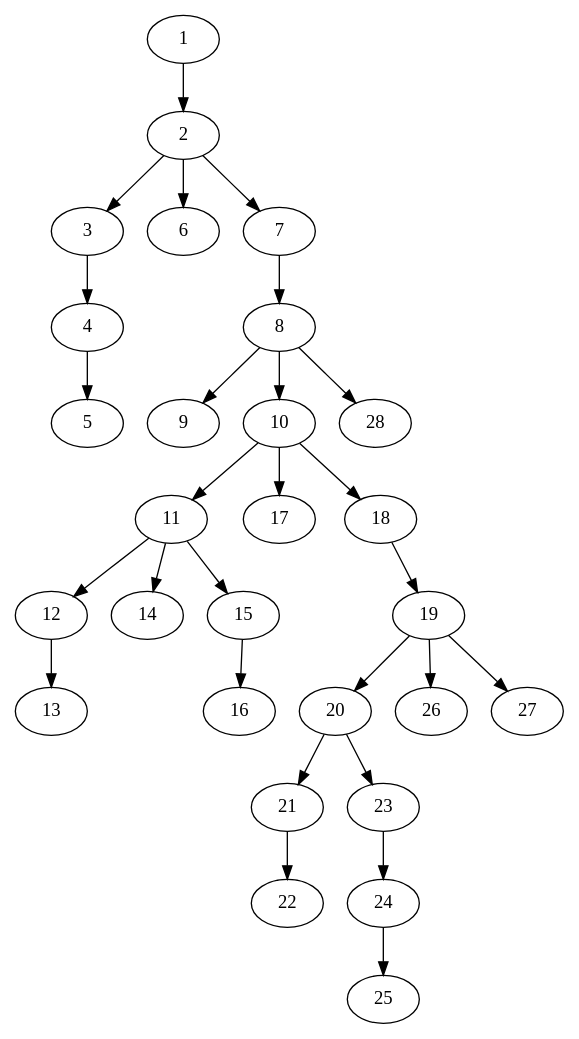
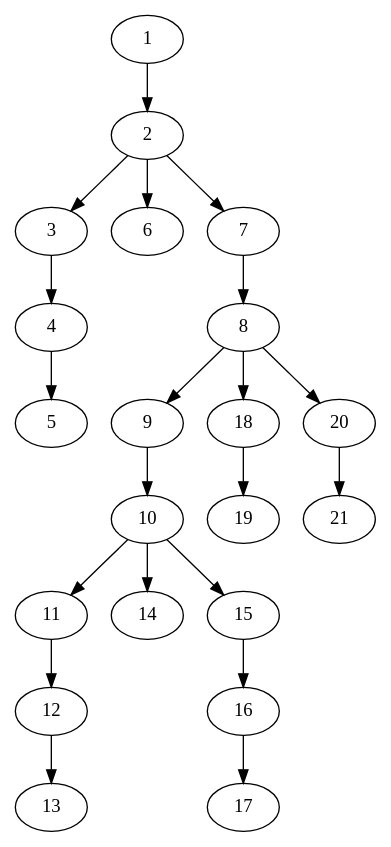
One commit to Ajax12345/caspian-lang changed the diagram in caspian/src/ast_stuff.dot. Above: the diagram before and after it, drawn with Graphviz. The commit also changed 4 other files, not shown here.

```diff
--- a/caspian/src/ast_stuff.dot
+++ b/caspian/src/ast_stuff.dot
@@ -1,29 +1,22 @@
 strict digraph "" {
 	1 -> 2;
 	2 -> 3;
 	2 -> 6;
 	2 -> 7;
 	3 -> 4;
 	4 -> 5;
 	7 -> 8;
 	8 -> 9;
-	8 -> 10;
-	8 -> 28;
+	8 -> 18;
+	8 -> 20;
+	9 -> 10;
 	10 -> 11;
-	10 -> 17;
-	10 -> 18;
+	10 -> 14;
+	10 -> 15;
 	11 -> 12;
-	11 -> 14;
-	11 -> 15;
 	12 -> 13;
 	15 -> 16;
+	16 -> 17;
 	18 -> 19;
-	19 -> 20;
-	19 -> 26;
-	19 -> 27;
 	20 -> 21;
-	20 -> 23;
-	21 -> 22;
-	23 -> 24;
-	24 -> 25;
 }
```
